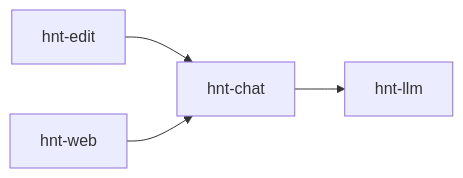
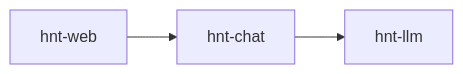
Before and after one commit to veilm/hinata: the diagram in README.md, drawn with Mermaid. The commit also changed other lines of this file and 20 other files, not shown here.

````diff
--- a/README.md
+++ b/README.md
@@ -43,6 +37,5 @@
 ```mermaid
 graph LR
 	hnt-chat --> hnt-llm
-	hnt-edit --> hnt-chat
 	hnt-web --> hnt-chat
 ```
````
